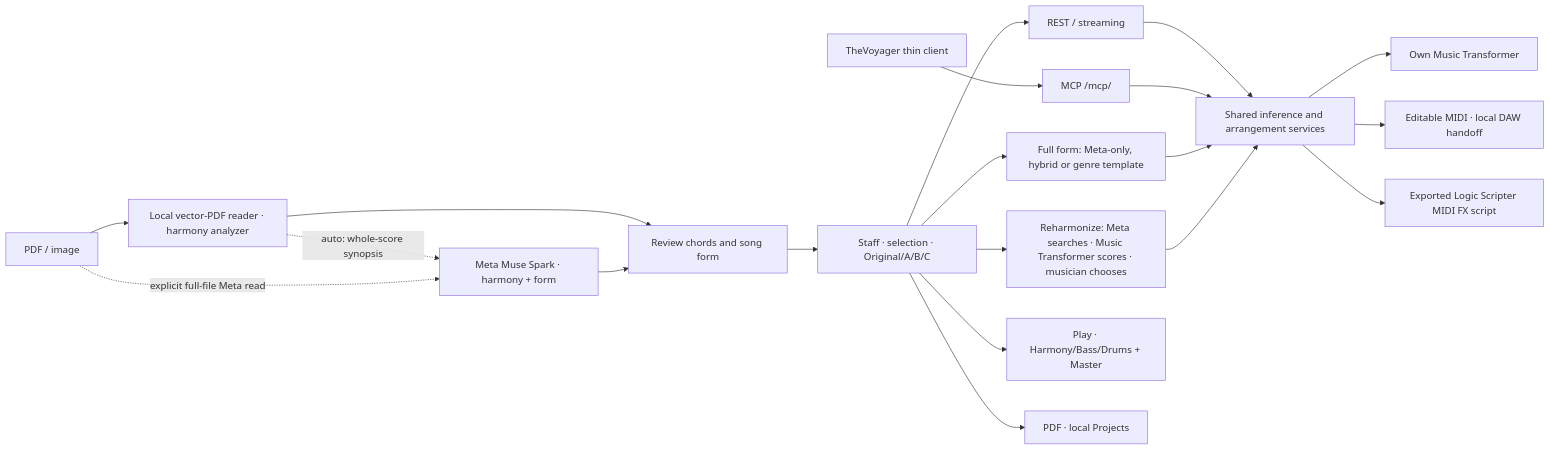
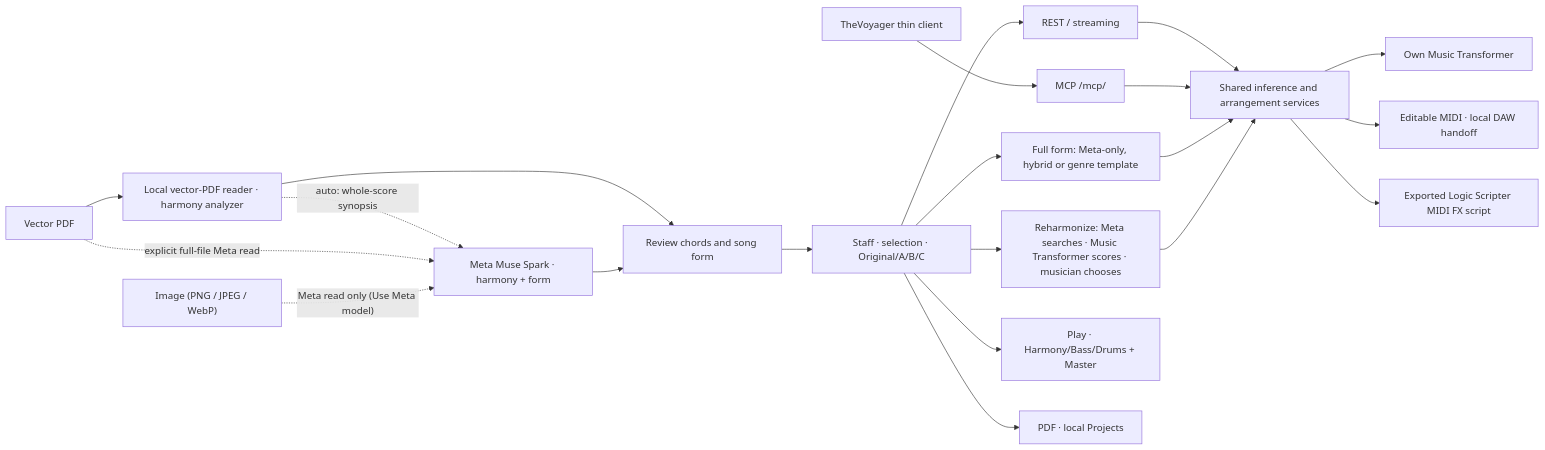
The first of 4 diagrams in README.md (PearlLeeStudio/TheArtist-DAW), drawn with Mermaid before and after one commit. The commit also changed other lines of this file and 12 other files, not shown here.

````diff
--- a/README.md
+++ b/README.md
@@ -419,22 +422,23 @@
 ```mermaid
 flowchart LR
-  Score["PDF / image"] --> Local["Local vector-PDF reader · harmony analyzer"]
+  Score["Vector PDF"] --> Local["Local vector-PDF reader · harmony analyzer"]
   Local -. "auto: whole-score synopsis" .-> Meta["Meta Muse Spark · harmony + form"]
   Score -. "explicit full-file Meta read" .-> Meta
+  Image["Image (PNG / JPEG / WebP)"] -. "Meta read only (Use Meta model)" .-> Meta
   Local --> Review["Review chords and song form"]
   Meta --> Review
   Review --> Editor["Staff · selection · Original/A/B/C"]
   Editor --> Planner["Full form: Meta-only, hybrid or genre template"]
   Editor --> Reharm["Reharmonize: Meta searches · Music Transformer scores · musician chooses"]
   Editor --> Rest["REST / streaming"]
   Voyager["TheVoyager thin client"] --> MCP["MCP /mcp/"]
   Rest --> Music["Shared inference and arrangement services"]
   MCP --> Music
   Planner --> Music
   Reharm --> Music
   Music --> MT["Own Music Transformer"]
   Music --> MIDI["Editable MIDI · local DAW handoff"]
   Music --> Scripter["Exported Logic Scripter MIDI FX script"]
   Editor --> Play["Play · Harmony/Bass/Drums + Master"]
   Editor --> Files["PDF · local Projects"]
 ```
````
